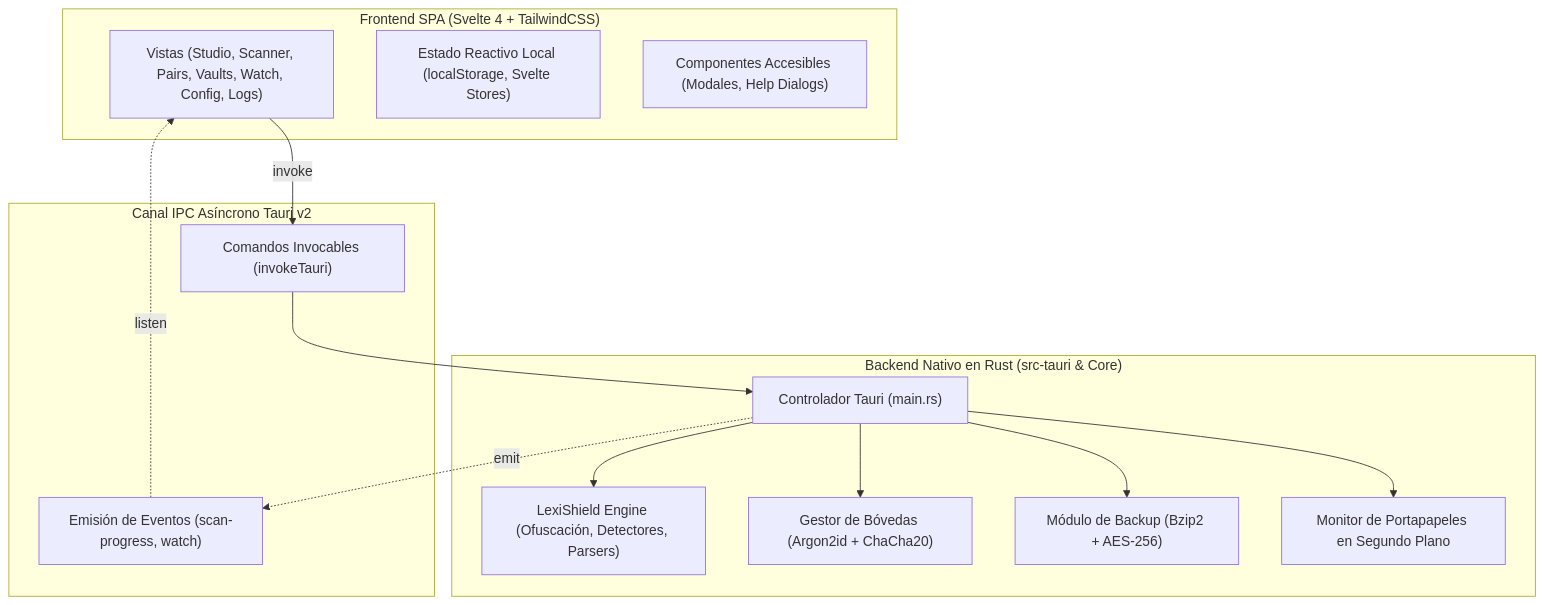
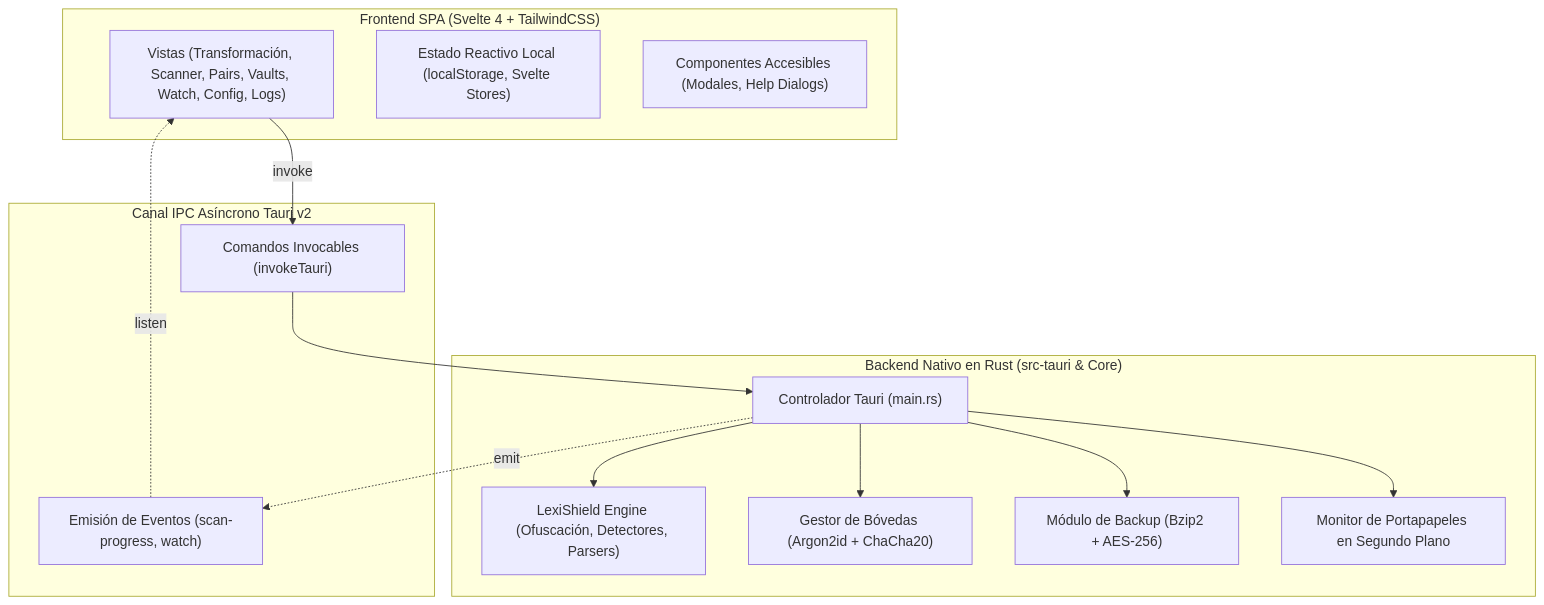
Before and after one commit to olorinj/lexishield: the third of 3 diagrams in docs/architecture.md, drawn with Mermaid. The commit also changed 3 other files, not shown here.

````diff
--- a/docs/architecture.md
+++ b/docs/architecture.md
@@ -215,30 +215,30 @@
 ```mermaid
 flowchart TD
     subgraph Frontend["Frontend SPA (Svelte 4 + TailwindCSS)"]
-        UI["Vistas (Studio, Scanner, Pairs, Vaults, Watch, Config, Logs)"]
+        UI["Vistas (Transformación, Scanner, Pairs, Vaults, Watch, Config, Logs)"]
         State["Estado Reactivo Local (localStorage, Svelte Stores)"]
         A11y["Componentes Accesibles (Modales, Help Dialogs)"]
     end
 
     subgraph IPC["Canal IPC Asíncrono Tauri v2"]
         Cmds["Comandos Invocables (invokeTauri)"]
         Events["Emisión de Eventos (scan-progress, watch)"]
     end
 
     subgraph Backend["Backend Nativo en Rust (src-tauri & Core)"]
         TauriCore["Controlador Tauri (main.rs)"]
         LexiEngine["LexiShield Engine (Ofuscación, Detectores, Parsers)"]
         ArgonVault["Gestor de Bóvedas (Argon2id + ChaCha20)"]
         BzipComp["Módulo de Backup (Bzip2 + AES-256)"]
         ClipMon["Monitor de Portapapeles en Segundo Plano"]
     end
 
     UI -->|invoke| Cmds
     Cmds --> TauriCore
     TauriCore --> LexiEngine
     TauriCore --> ArgonVault
     TauriCore --> BzipComp
     TauriCore --> ClipMon
     TauriCore -.->|emit| Events
     Events -.->|listen| UI
 ```
````
